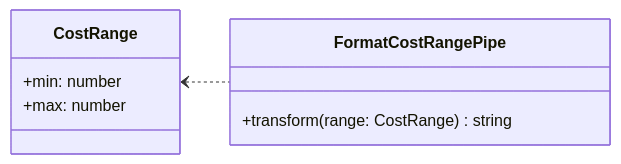
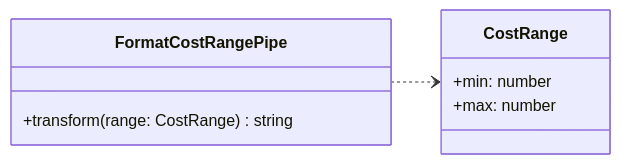
Before and after one commit to ScottLogic/sl-tech-carbon-estimator: the diagram in docs/pipes.md, drawn with Mermaid. The commit also changed 4 other files, not shown here.

````diff
--- a/docs/pipes.md
+++ b/docs/pipes.md
@@ -5,14 +5,14 @@
 ```mermaid
 classDiagram
   direction LR
   class CostRange {
     +min: number
     +max: number
   }
 
   class FormatCostRangePipe {
     +transform(range: CostRange) string
   }
 
-  CostRange <.. FormatCostRangePipe
+  FormatCostRangePipe ..> CostRange
 ```
````
